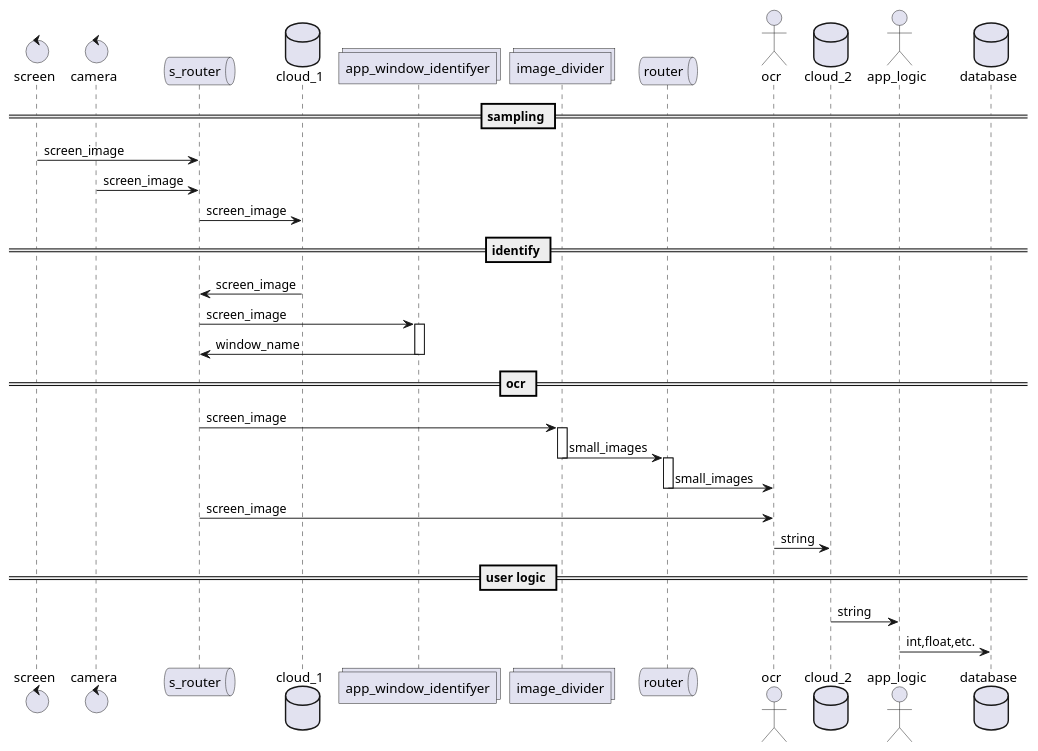
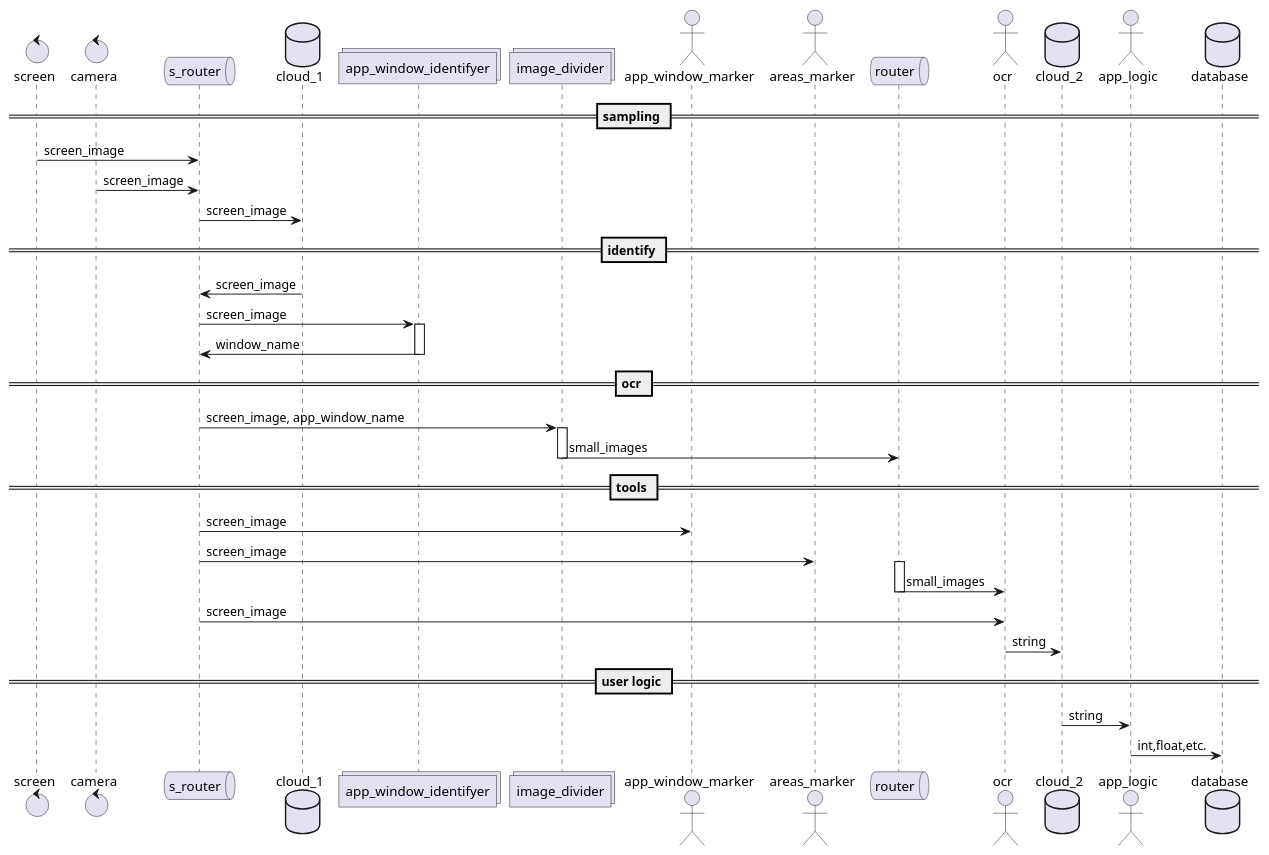
Before and after one commit to voicevon/gobot_front: the diagram in apps/kvm_ocr_cloud/docs/kvm_ocr_flow.puml, drawn with PlantUML. The commit also changed 9 other files, not shown here.

```diff
--- a/apps/kvm_ocr_cloud/docs/kvm_ocr_flow.puml
+++ b/apps/kvm_ocr_cloud/docs/kvm_ocr_flow.puml
@@ -2,40 +2,47 @@
 @startuml
 control screen as kvm_node_screen
 control camera as kvm_node_camera
 queue s_router as image_router
 database cloud_1 as cloud_1 
 collections app_window_identifyer as app_window_identifyer 
 collections image_divider as image_divider
+actor app_window_marker
+actor areas_marker
 queue router
 actor ocr
 database cloud_2 as cloud_2
 actor app_logic as app
 database database as database
 
 == sampling ==
 kvm_node_screen -> image_router: screen_image
 kvm_node_camera -> image_router: screen_image
 image_router -> cloud_1: screen_image
 == identify ==
 image_router <- cloud_1: screen_image
 image_router -> app_window_identifyer: screen_image
 activate app_window_identifyer
 image_router <- app_window_identifyer: window_name
 deactivate app_window_identifyer
+
 == ocr ==
-image_router -> image_divider: screen_image
+image_router -> image_divider: screen_image, app_window_name
 activate image_divider
 image_divider -> router: small_images
 deactivate image_divider
+
+== tools ==
+image_router -> app_window_marker: screen_image
+image_router -> areas_marker: screen_image
 
 activate router
 router-> ocr: small_images
 deactivate router
 image_router -> ocr: screen_image
 
 ocr->cloud_2: string
 == user logic ==
 cloud_2 -> app: string
 app-> database: int,float,etc.
 
 @enduml
```
